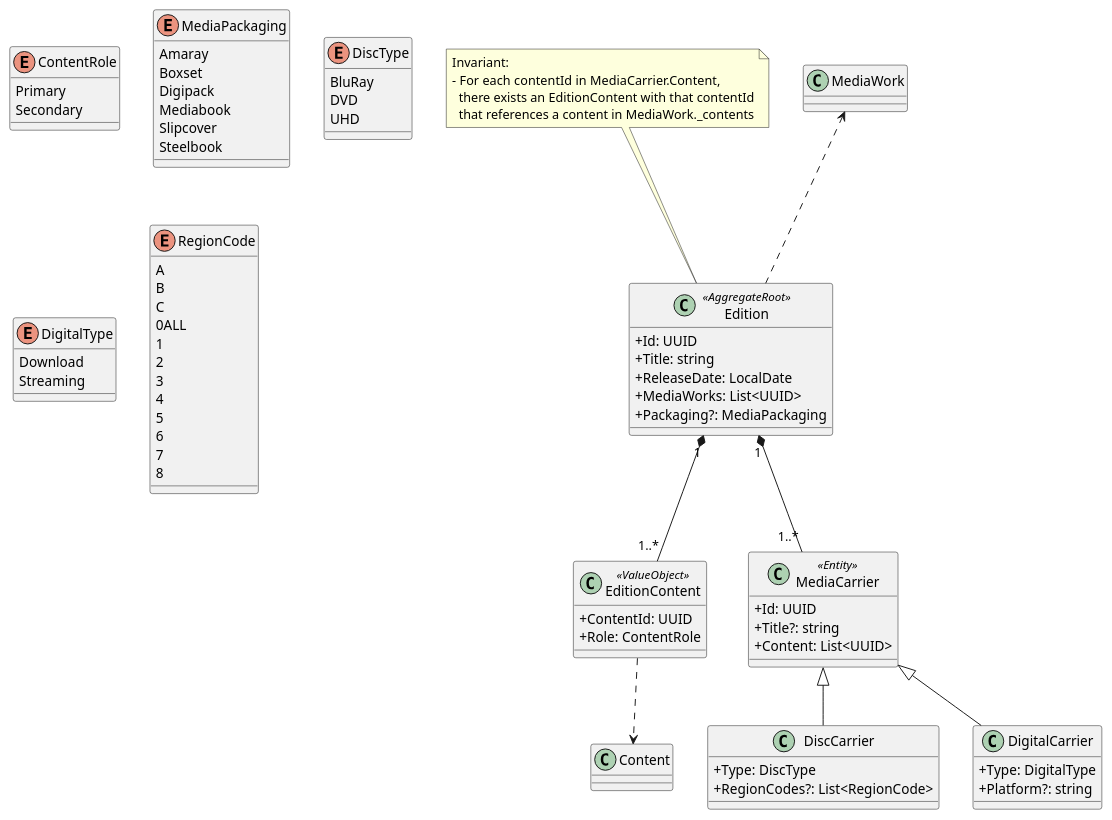
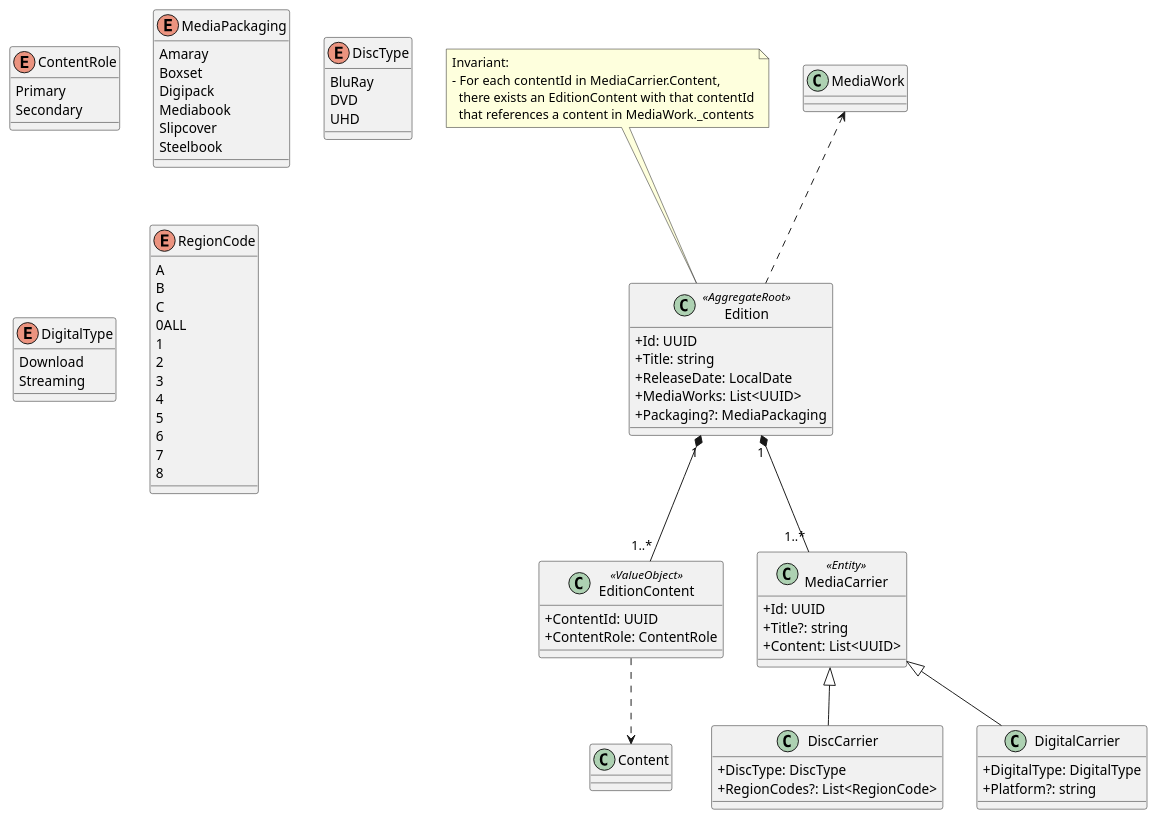
Before and after one commit to yantue/colleq: the diagram in docs/uml/domain/domain-edition.puml, drawn with PlantUML. The commit also changed 1 other file, not shown here.

```diff
--- a/docs/uml/domain/domain-edition.puml
+++ b/docs/uml/domain/domain-edition.puml
@@ -1,92 +1,92 @@
 @startuml
 skinparam classAttributeIconSize 0
 
 class Edition <<AggregateRoot>> {
     +Id: UUID
     +Title: string
     +ReleaseDate: LocalDate
     +MediaWorks: List<UUID>
     +Packaging?: MediaPackaging
 }
 
 note top of Edition
 Invariant:
 - For each contentId in MediaCarrier.Content,
   there exists an EditionContent with that contentId
   that references a content in MediaWork._contents
 end note
 
 class EditionContent <<ValueObject>> {
     +ContentId: UUID
-    +Role: ContentRole
+    +ContentRole: ContentRole
 }
 
 Edition "1" *-- "1..*" EditionContent
 
 enum ContentRole {
     Primary
     Secondary
 }
 
 class MediaCarrier <<Entity>> {
     +Id: UUID
     +Title?: string
     +Content: List<UUID>
 }
 
 Edition "1" *-- "1..*" MediaCarrier
 
 class DiscCarrier {
-    +Type: DiscType
+    +DiscType: DiscType
     +RegionCodes?: List<RegionCode>
 }
 
 MediaCarrier <|-- DiscCarrier
 
 class DigitalCarrier {
-    +Type: DigitalType
+    +DigitalType: DigitalType
     +Platform?: string
 }
 
 MediaCarrier <|-- DigitalCarrier
 
 enum MediaPackaging {
     Amaray
     Boxset
     Digipack
     Mediabook
     Slipcover
     Steelbook
 }
 
 enum DiscType {
     BluRay
     DVD
     UHD
 }
 
 enum DigitalType {
     Download
     Streaming
 }
 
 enum RegionCode {
     A
     B
     C
     0ALL
     1
     2
     3
     4
     5
     6
     7
     8
 }
 
 ' ===== CROSS-AGGREGATE REFERENCE =====
 MediaWork <.. Edition
 EditionContent ..> Content
 
 @enduml
```
